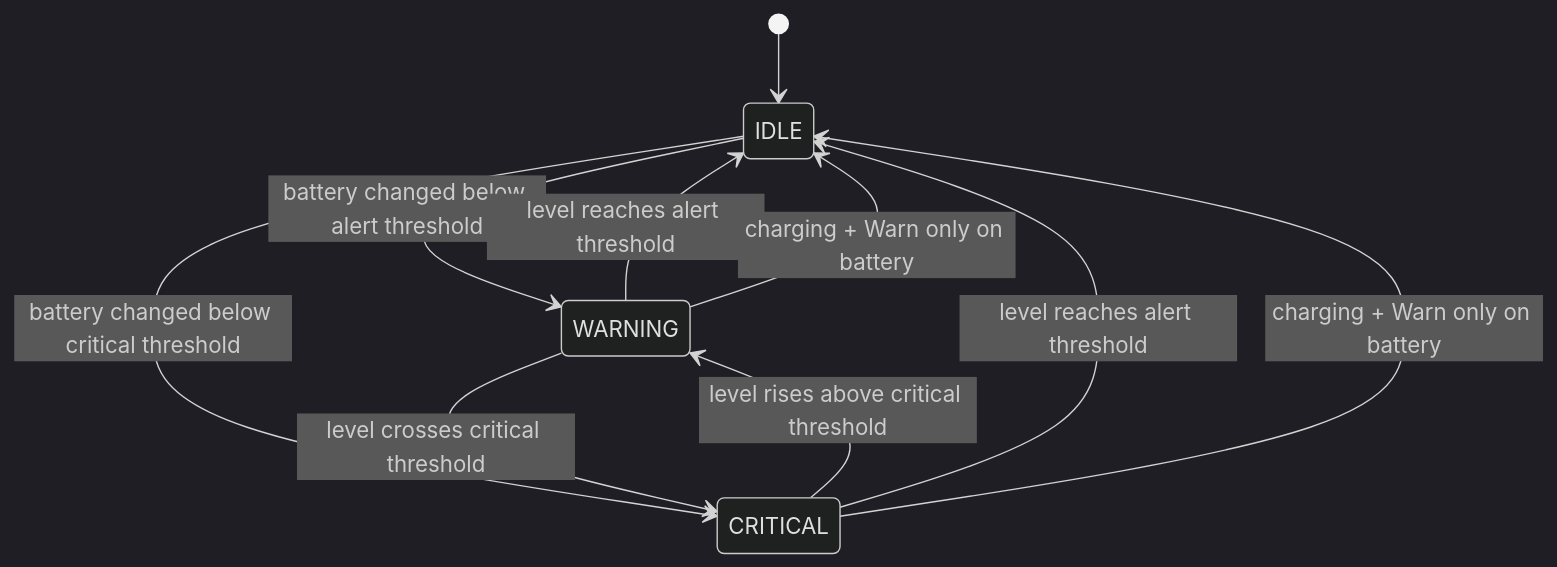
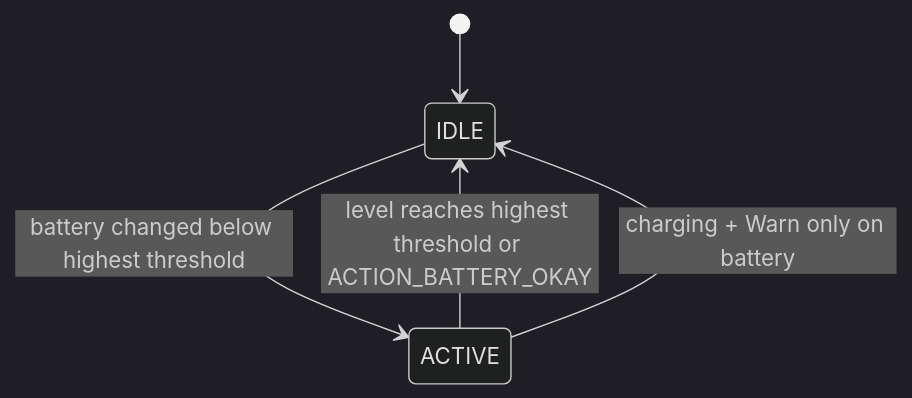
Before and after one commit to Mr-Pi/android_batt_warn: the first of 2 diagrams in docs/architecture.md, drawn with Mermaid (dark theme). The commit also changed other lines of this file and 25 other files, not shown here.

````diff
--- a/docs/architecture.md
+++ b/docs/architecture.md
@@ -16,12 +17,7 @@
 ```mermaid
 stateDiagram-v2
     [*] --> IDLE
-    IDLE --> WARNING: battery changed below alert threshold
-    IDLE --> CRITICAL: battery changed below critical threshold
-    WARNING --> CRITICAL: level crosses critical threshold
-    CRITICAL --> WARNING: level rises above critical threshold
-    WARNING --> IDLE: level reaches alert threshold
-    CRITICAL --> IDLE: level reaches alert threshold
-    WARNING --> IDLE: charging + Warn only on battery
-    CRITICAL --> IDLE: charging + Warn only on battery
+    IDLE --> ACTIVE: battery changed below highest threshold
+    ACTIVE --> IDLE: level reaches highest threshold or ACTION_BATTERY_OKAY
+    ACTIVE --> IDLE: charging + Warn only on battery
 ```
````
